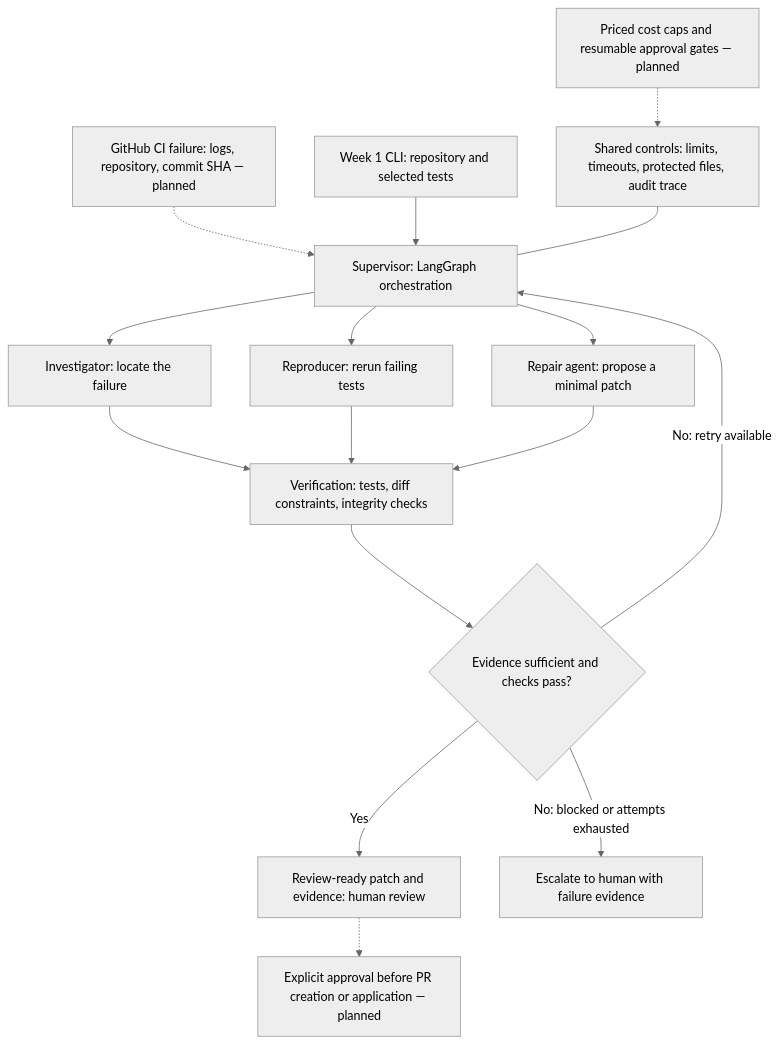
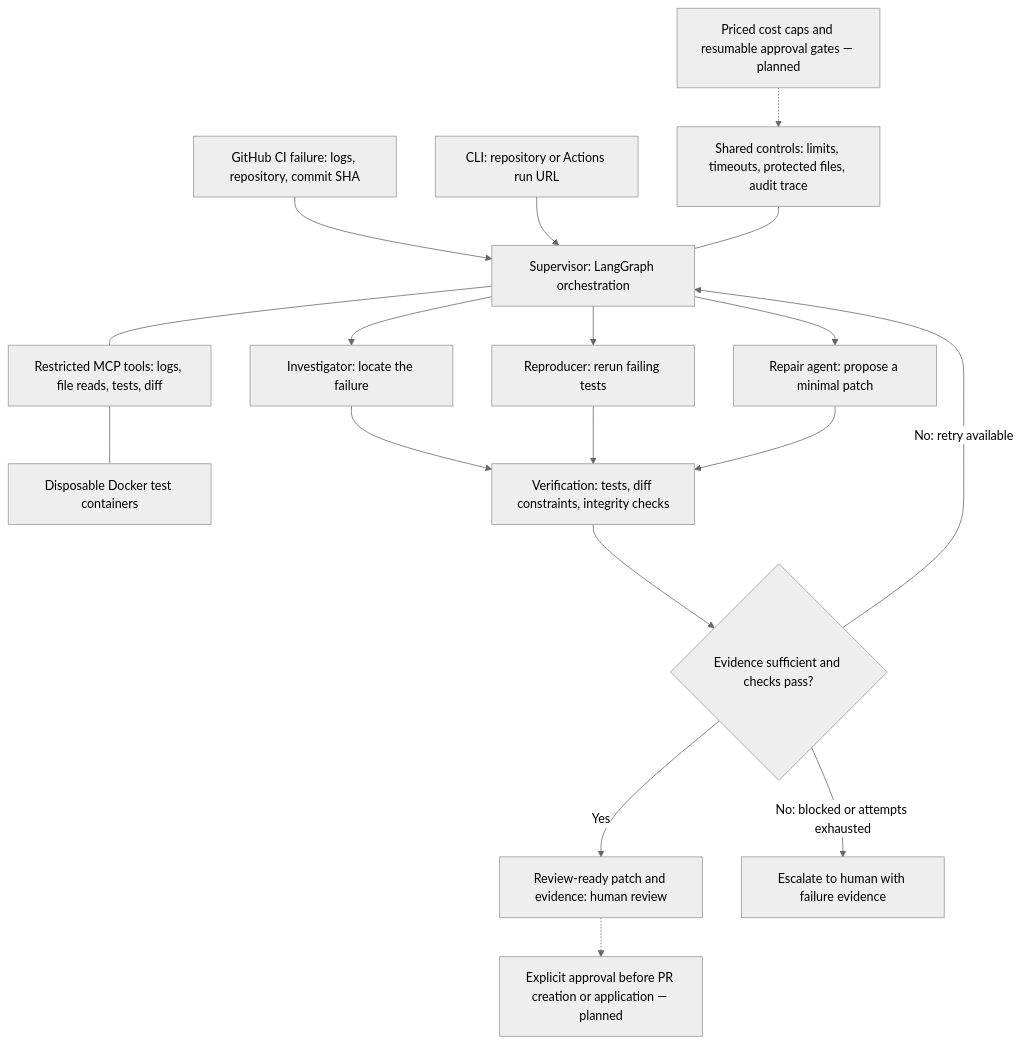
The diagram in README.md (Aahil19/ProofPatch), drawn with Mermaid (neutral theme) before and after one commit. The commit also changed other lines of this file and 23 other files, not shown here.

Commit message:
Integrate GitHub failure ingestion, restricted MCP tools, and Docker execution

````diff
--- a/README.md
+++ b/README.md
@@ -86,19 +123,21 @@
 ```mermaid
 flowchart TD
-    CI["GitHub CI failure: logs, repository, commit SHA — planned"] -.-> S
-    CLI["Week 1 CLI: repository and selected tests"] --> S
+    CI["GitHub CI failure: logs, repository, commit SHA"] --> S
+    CLI["CLI: repository or Actions run URL"] --> S
     S["Supervisor: LangGraph orchestration"]
     S --> I["Investigator: locate the failure"]
     S --> R["Reproducer: rerun failing tests"]
     S --> P["Repair agent: propose a minimal patch"]
+    S --- M["Restricted MCP tools: logs, file reads, tests, diff"]
+    M --- D["Disposable Docker test containers"]
     I --> V
     R --> V
     P --> V
     V["Verification: tests, diff constraints, integrity checks"] --> G{"Evidence sufficient and checks pass?"}
     G -->|Yes| H["Review-ready patch and evidence: human review"]
     G -->|No: retry available| S
     G -->|No: blocked or attempts exhausted| E["Escalate to human with failure evidence"]
     H -.-> A["Explicit approval before PR creation or application — planned"]
     C["Shared controls: limits, timeouts, protected files, audit trace"] --- S
     B["Priced cost caps and resumable approval gates — planned"] -.-> C
 ```
````
